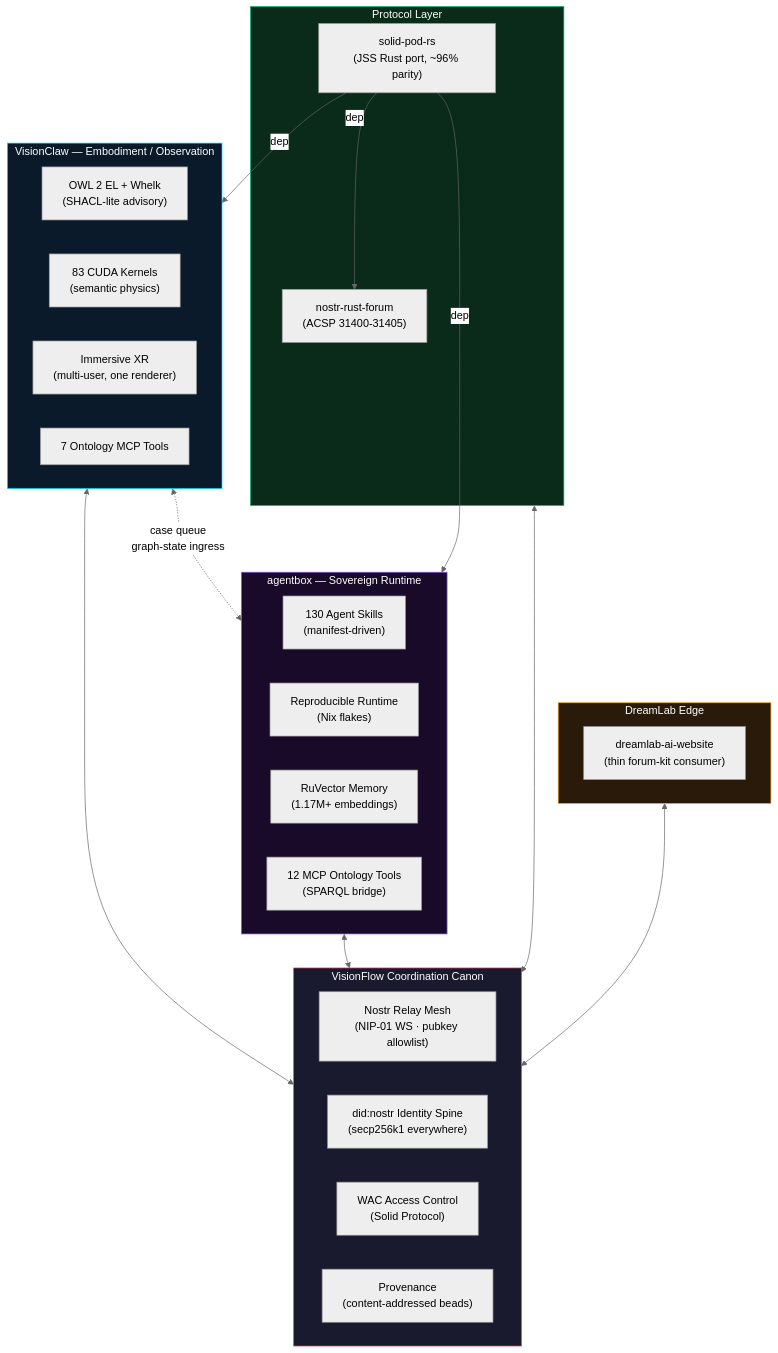
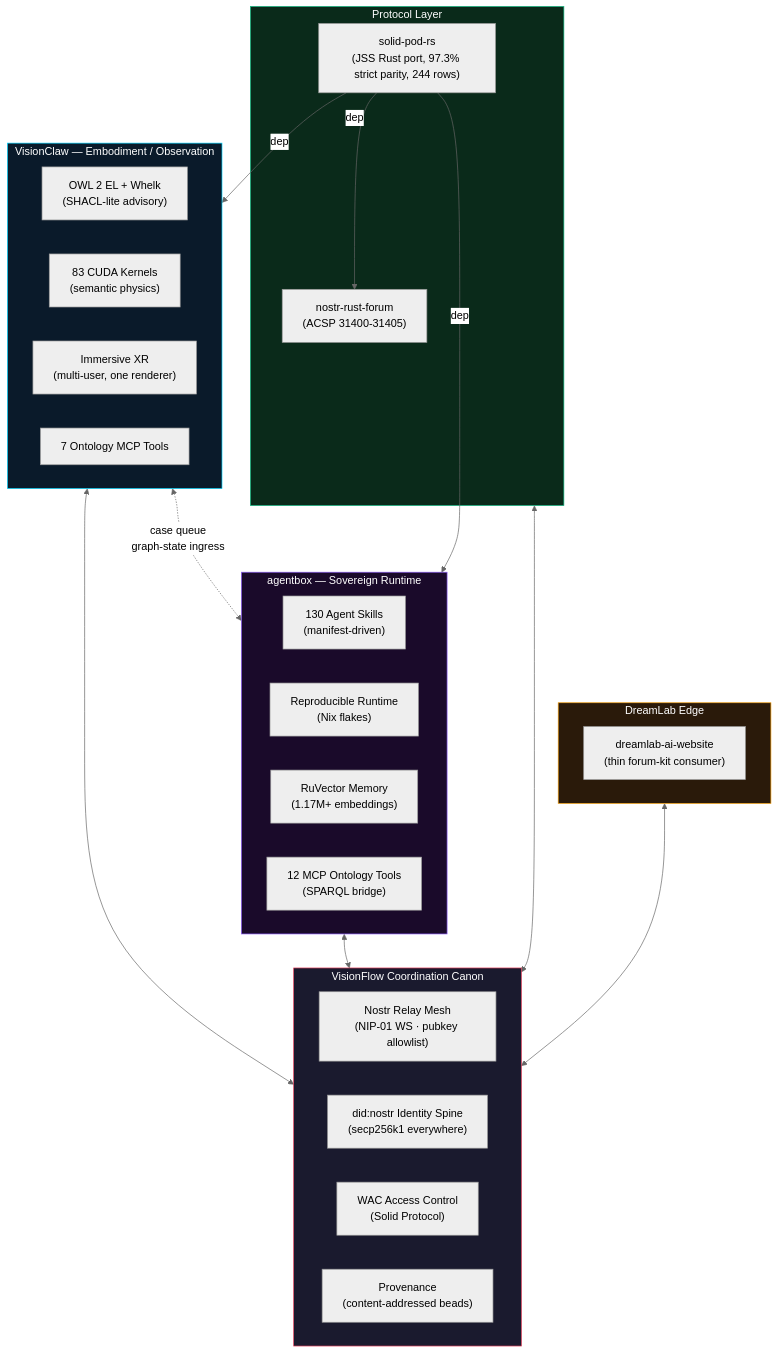
Before and after one commit to DreamLab-AI/VisionFlow: the diagram in README.md, drawn with Mermaid (neutral theme). The commit also changed 4 other files, not shown here.

````diff
--- a/README.md
+++ b/README.md
@@ -161,49 +161,49 @@
 ```mermaid
 flowchart TB
     subgraph VF["VisionFlow Coordination Canon"]
         direction LR
         MESH["Nostr Relay Mesh\n(NIP-01 WS · pubkey allowlist)"]
         DID["did:nostr Identity Spine\n(secp256k1 everywhere)"]
         WAC["WAC Access Control\n(Solid Protocol)"]
         PROV["Provenance\n(content-addressed beads)"]
     end
 
     subgraph VC["VisionClaw — Embodiment / Observation"]
         OWL["OWL 2 EL + Whelk\n(SHACL-lite advisory)"]
         GPU["83 CUDA Kernels\n(semantic physics)"]
         XR["Immersive XR\n(multi-user, one renderer)"]
         MCP_VC["7 Ontology MCP Tools"]
     end
 
     subgraph AB["agentbox — Sovereign Runtime"]
         AGENTS["130 Agent Skills\n(manifest-driven)"]
         NIX["Reproducible Runtime\n(Nix flakes)"]
         MEM["RuVector Memory\n(1.17M+ embeddings)"]
         BRIDGE["12 MCP Ontology Tools\n(SPARQL bridge)"]
     end
 
     subgraph PROTO["Protocol Layer"]
-        SPR["solid-pod-rs\n(JSS Rust port, ~96% parity)"]
+        SPR["solid-pod-rs\n(JSS Rust port, 97.3% strict parity, 244 rows)"]
         NRF["nostr-rust-forum\n(ACSP 31400-31405)"]
     end
 
     subgraph EDGE["DreamLab Edge"]
         SITE["dreamlab-ai-website\n(thin forum-kit consumer)"]
     end
 
     VC <--> VF
     AB <--> VF
     PROTO <--> VF
     EDGE <--> VF
 
     VC <-.->|"case queue\ngraph-state ingress"| AB
     SPR -->|"dep"| NRF
     SPR -->|"dep"| AB
     SPR -->|"dep"| VC
 
     style VF fill:#1a1a2e,stroke:#e94560,color:#fff
     style VC fill:#0a1a2a,stroke:#00d4ff,color:#fff
     style AB fill:#1a0a2a,stroke:#8b5cf6,color:#fff
     style PROTO fill:#0a2a1a,stroke:#10b981,color:#fff
     style EDGE fill:#2a1a0a,stroke:#f59e0b,color:#fff
 ```
````
